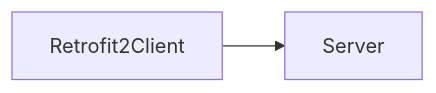
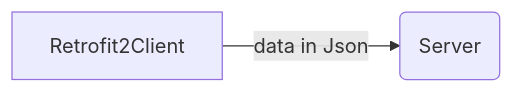
Before and after one commit to LooDaHu/ARORA_General_-Introduction: the fifth of 5 diagrams in Welcome file.md, drawn with Mermaid. The commit also changed other lines of this file, not shown here.

Commit message:
Welcome file.md updated from https://stackedit.io/

````diff
--- a/Welcome file.md
+++ b/Welcome file.md
@@ -227,4 +227,4 @@
 ```mermaid
 graph LR
-Retrofit2Client --> Server 
+A[Retrofit2Client] --data in Json--> B(Server) 
 ```
````
